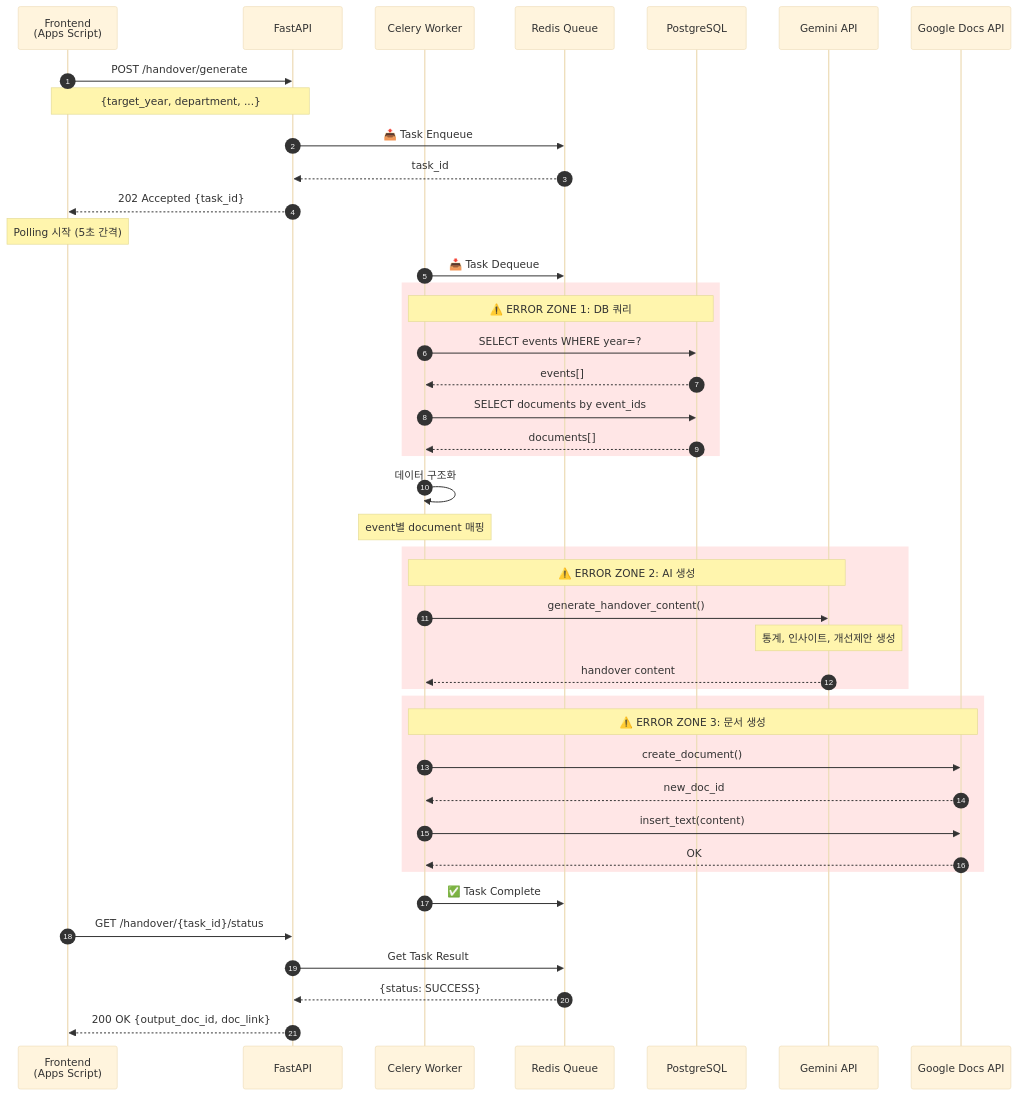
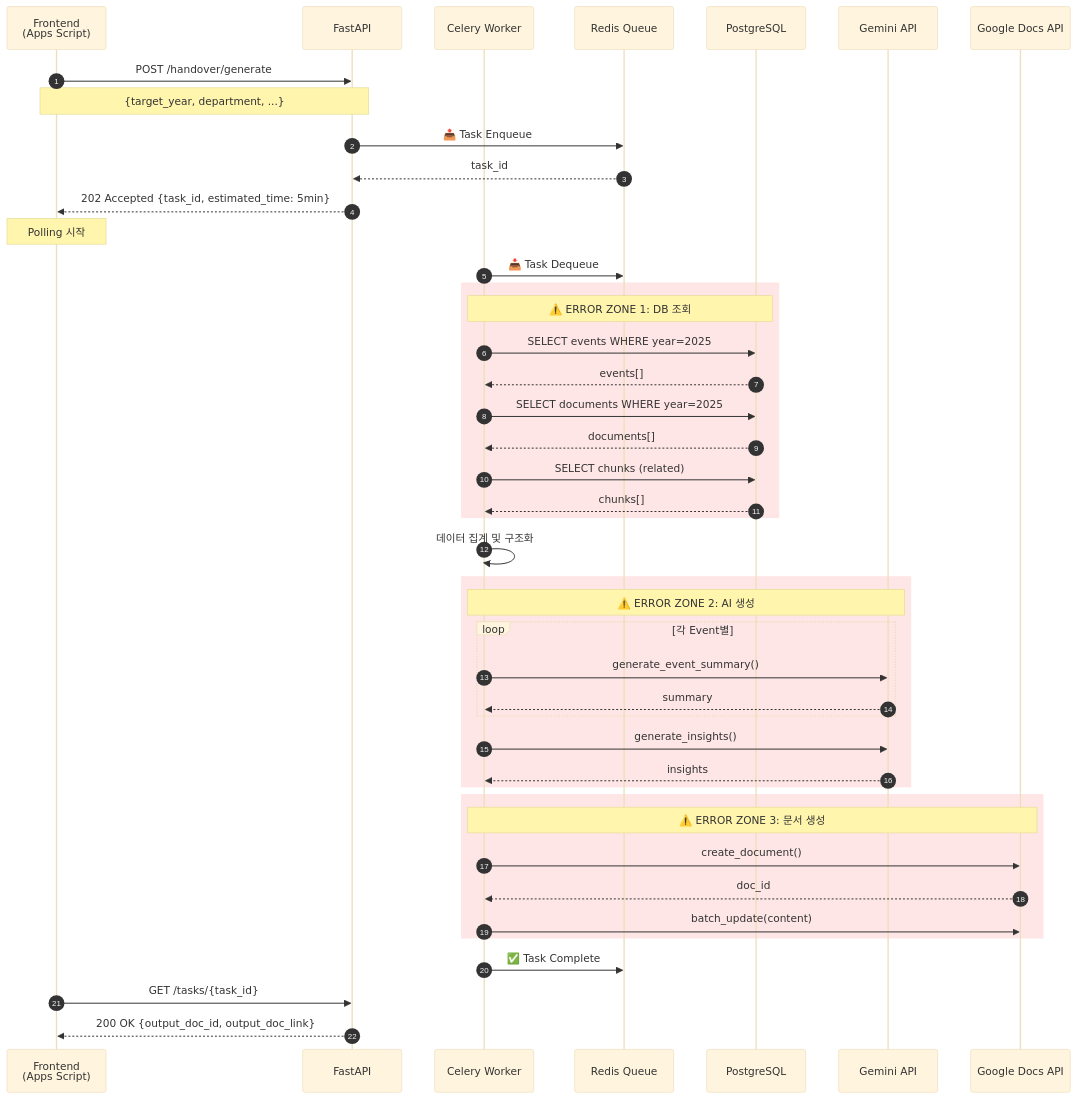
The fourth of 9 diagrams in docs/COMMUNICATION_FLOW.md (gun9212/2025Winter_4th), drawn with Mermaid (base theme) before and after one commit. The commit also changed other lines of this file and 3 other files, not shown here.

Commit message:
"fix: API, DB스키마, Celery Task, 추가 기능 FLOW 마크다운 파일 최신화 반영"

````diff
--- a/docs/COMMUNICATION_FLOW.md
+++ b/docs/COMMUNICATION_FLOW.md
@@ -162,55 +203,56 @@
 ```mermaid
 sequenceDiagram
     autonumber
     participant FE as Frontend<br/>(Apps Script)
     participant API as FastAPI
     participant Celery as Celery Worker
     participant Redis as Redis Queue
     participant DB as PostgreSQL
     participant AI as Gemini API
     participant Docs as Google Docs API
 
     FE->>API: POST /handover/generate
     Note over FE,API: {target_year, department, ...}
-    
+
     API->>Redis: 📤 Task Enqueue
     Redis-->>API: task_id
-    API-->>FE: 202 Accepted {task_id}
-    
-    Note over FE: Polling 시작 (5초 간격)
-    
+    API-->>FE: 202 Accepted {task_id, estimated_time: 5min}
+
+    Note over FE: Polling 시작
+
     Celery->>Redis: 📥 Task Dequeue
-    
+
     rect rgb(255, 230, 230)
-        Note over Celery,DB: ⚠️ ERROR ZONE 1: DB 쿼리
-        Celery->>DB: SELECT events WHERE year=?
+        Note over Celery,DB: ⚠️ ERROR ZONE 1: DB 조회
+        Celery->>DB: SELECT events WHERE year=2025
         DB-->>Celery: events[]
-        Celery->>DB: SELECT documents by event_ids
+        Celery->>DB: SELECT documents WHERE year=2025
         DB-->>Celery: documents[]
+        Celery->>DB: SELECT chunks (related)
+        DB-->>Celery: chunks[]
     end
-    
-    Celery->>Celery: 데이터 구조화
-    Note over Celery: event별 document 매핑
-    
+
+    Celery->>Celery: 데이터 집계 및 구조화
+
     rect rgb(255, 230, 230)
         Note over Celery,AI: ⚠️ ERROR ZONE 2: AI 생성
-        Celery->>AI: generate_handover_content()
-        Note over AI: 통계, 인사이트, 개선제안 생성
-        AI-->>Celery: handover content
+        loop 각 Event별
+            Celery->>AI: generate_event_summary()
+            AI-->>Celery: summary
+        end
+        Celery->>AI: generate_insights()
+        AI-->>Celery: insights
     end
-    
+
     rect rgb(255, 230, 230)
         Note over Celery,Docs: ⚠️ ERROR ZONE 3: 문서 생성
         Celery->>Docs: create_document()
-        Docs-->>Celery: new_doc_id
-        Celery->>Docs: insert_text(content)
-        Docs-->>Celery: OK
+        Docs-->>Celery: doc_id
+        Celery->>Docs: batch_update(content)
     end
-    
+
     Celery->>Redis: ✅ Task Complete
-    
-    FE->>API: GET /handover/{task_id}/status
-    API->>Redis: Get Task Result
-    Redis-->>API: {status: SUCCESS}
-    API-->>FE: 200 OK {output_doc_id, doc_link}
+
+    FE->>API: GET /tasks/{task_id}
+    API-->>FE: 200 OK {output_doc_id, output_doc_link}
 ```
````
